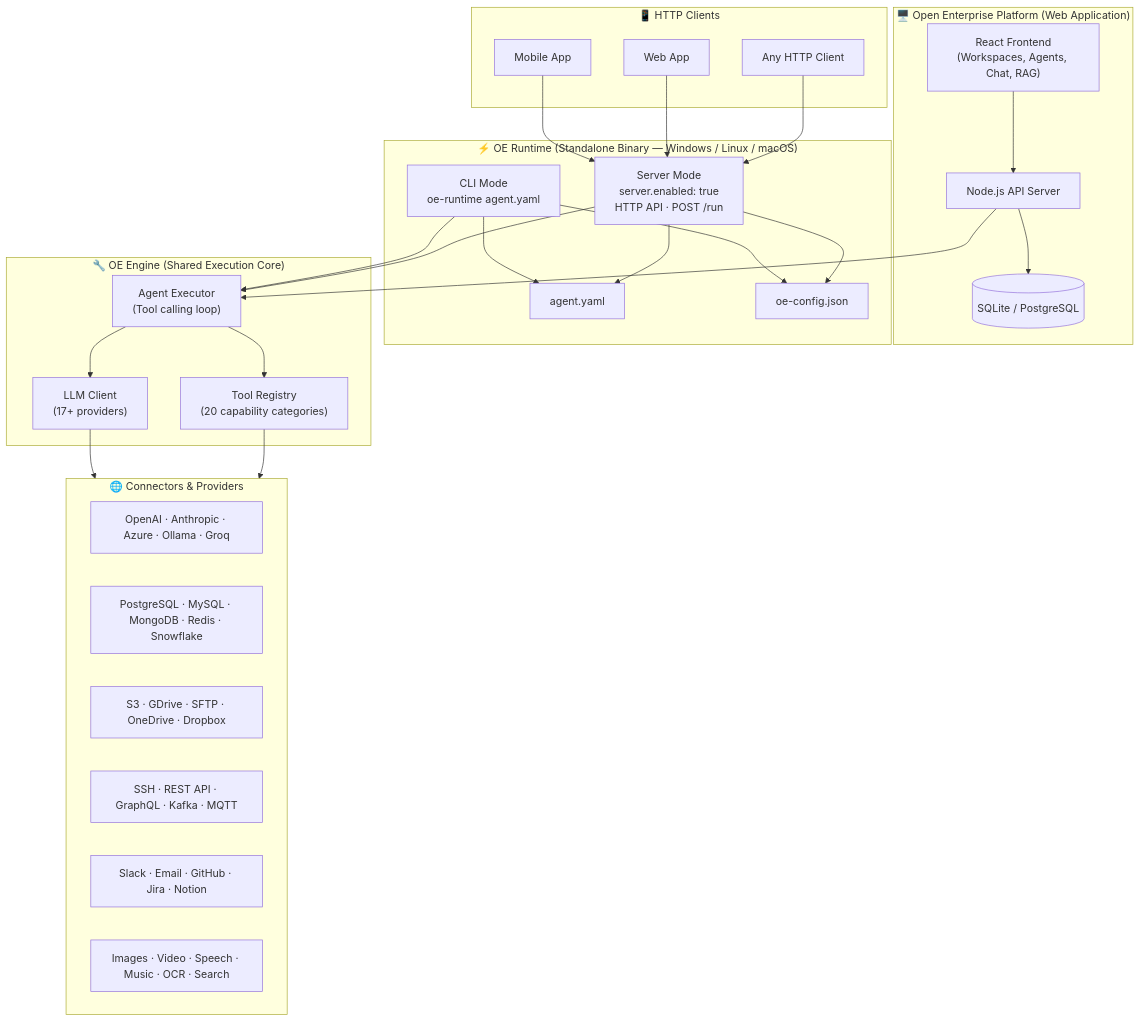
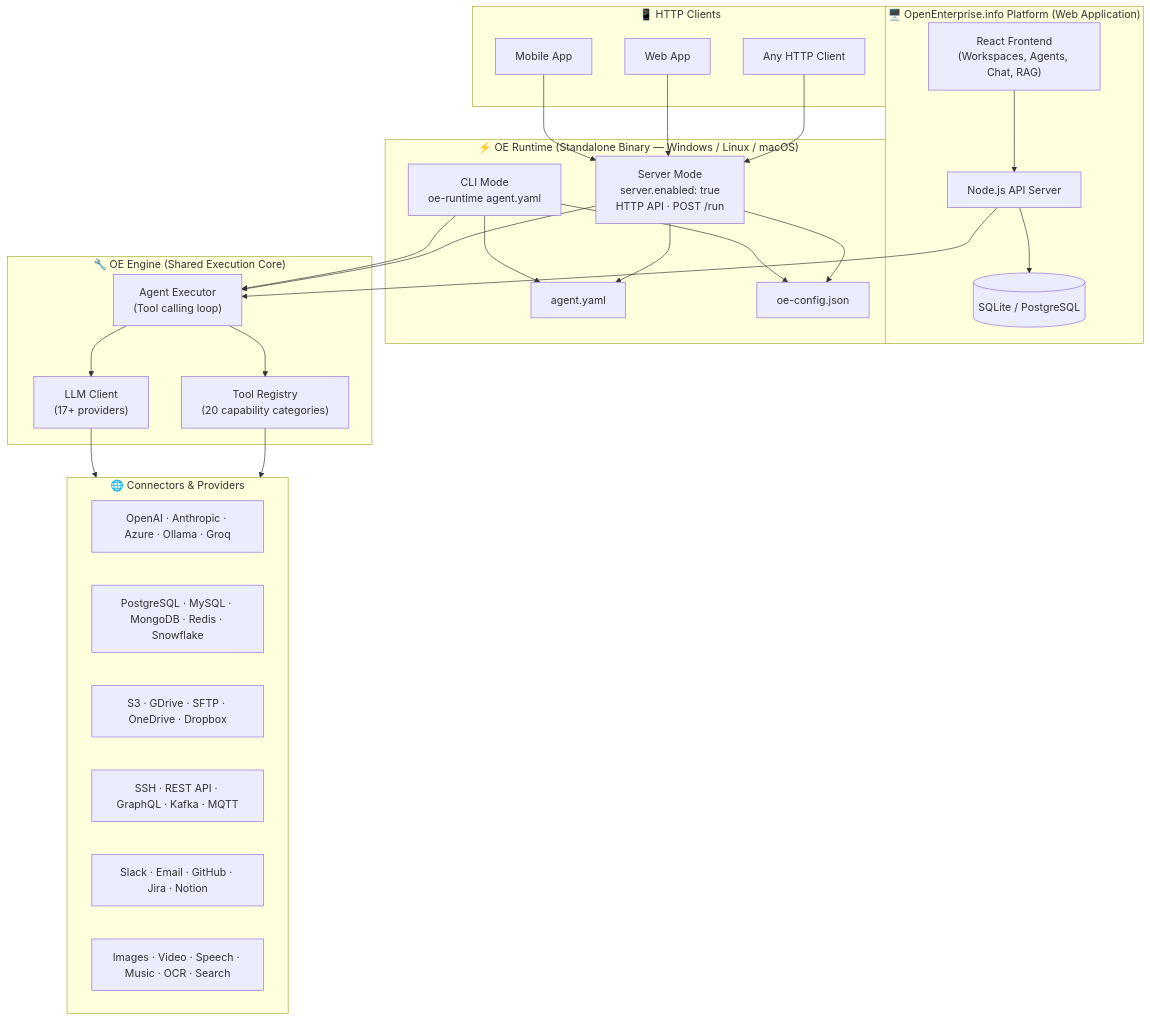
Before and after one commit to enthrium/open-enthrium-ai-platform: the diagram in README.md, drawn with Mermaid. The commit also changed other lines of this file, not shown here.

Commit message:
brand: rename Open Enterprise to OpenEnterprise.info in README

````diff
--- a/README.md
+++ b/README.md
@@ -61,55 +61,55 @@
 ```mermaid
 graph TD
-    subgraph Platform["🖥️ Open Enterprise Platform (Web Application)"]
+    subgraph Platform["🖥️ OpenEnterprise.info Platform (Web Application)"]
         UI["React Frontend\n(Workspaces, Agents, Chat, RAG)"]
         API["Node.js API Server"]
         DB[("SQLite / PostgreSQL")]
         UI --> API
         API --> DB
     end
 
     subgraph Runtime["⚡ OE Runtime (Standalone Binary — Windows / Linux / macOS)"]
         CLI["CLI Mode\noe-runtime agent.yaml"]
         SRV["Server Mode\nserver.enabled: true\nHTTP API · POST /run"]
         YAML["agent.yaml"]
         CONFIG["oe-config.json"]
         CLI --> YAML
         CLI --> CONFIG
         SRV --> YAML
         SRV --> CONFIG
     end
 
     subgraph Clients["📱 HTTP Clients"]
         MOB["Mobile App"]
         WEB["Web App"]
         EXT["Any HTTP Client"]
     end
 
     MOB --> SRV
     WEB --> SRV
     EXT --> SRV
 
     subgraph Engine["🔧 OE Engine (Shared Execution Core)"]
         EXEC["Agent Executor\n(Tool calling loop)"]
         TOOLS["Tool Registry\n(20 capability categories)"]
         LLM["LLM Client\n(17+ providers)"]
         EXEC --> TOOLS
         EXEC --> LLM
     end
 
     subgraph Providers["🌐 Connectors & Providers"]
         direction LR
         P1["OpenAI · Anthropic · Azure · Ollama · Groq"]
         P2["PostgreSQL · MySQL · MongoDB · Redis · Snowflake"]
         P3["S3 · GDrive · SFTP · OneDrive · Dropbox"]
         P4["SSH · REST API · GraphQL · Kafka · MQTT"]
         P5["Slack · Email · GitHub · Jira · Notion"]
         P6["Images · Video · Speech · Music · OCR · Search"]
     end
 
     API --> EXEC
     CLI --> EXEC
     SRV --> EXEC
     TOOLS --> Providers
     LLM --> P1
 ```
````
